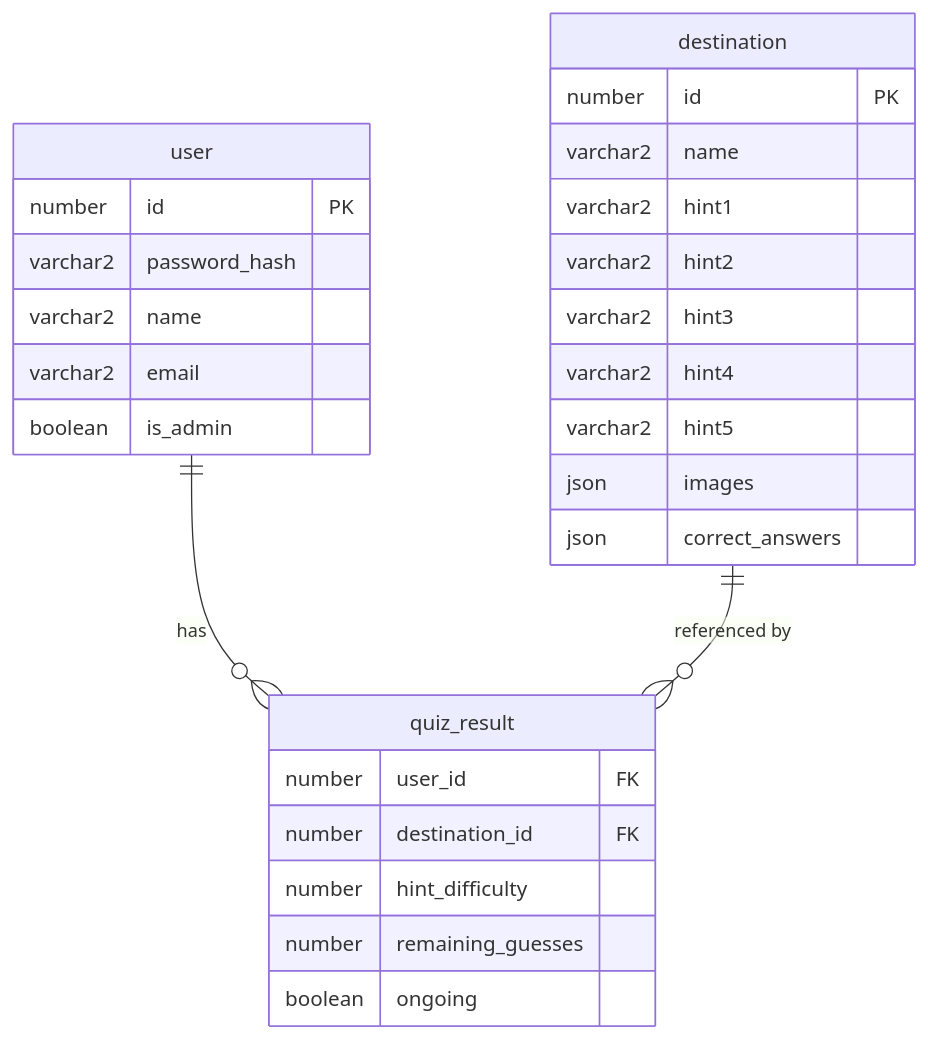
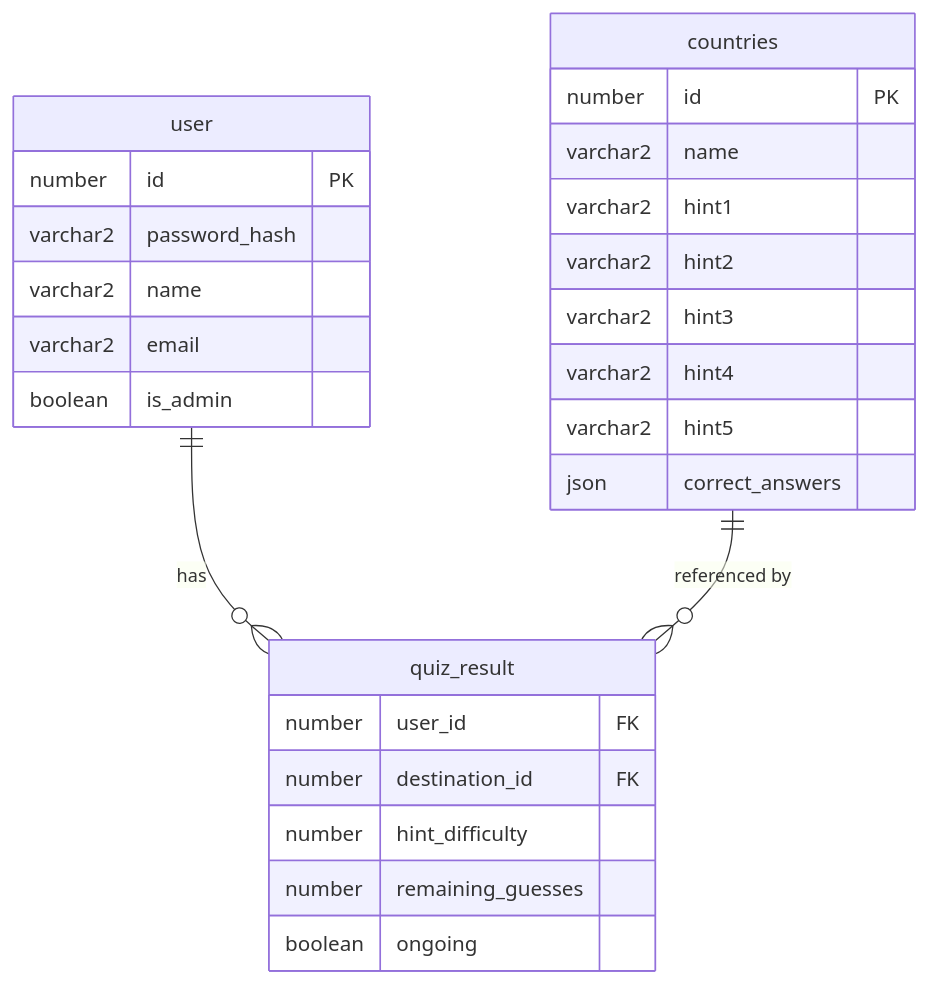
The diagram in docs/database_schema.md (fylke/travel-quizzer), drawn with Mermaid before and after one commit. The commit also changed 9 other files, not shown here.

Commit message:
Rename destination table to countries and restructure media paths

````diff
--- a/docs/database_schema.md
+++ b/docs/database_schema.md
@@ -1,33 +1,32 @@
 ```mermaid
 erDiagram
-    destination {
+    countries {
         number id PK
         varchar2 name
         varchar2 hint1
         varchar2 hint2
         varchar2 hint3
         varchar2 hint4
         varchar2 hint5
-        json images
         json correct_answers
     }
 
     user {
         number id PK
         varchar2 password_hash
         varchar2 name
         varchar2 email
         boolean is_admin
     }
 
     quiz_result {
         number user_id FK
         number destination_id FK
         number hint_difficulty
         number remaining_guesses
         boolean ongoing
     }
 
     user ||--o{ quiz_result : "has"
-    destination ||--o{ quiz_result : "referenced by"
+    countries ||--o{ quiz_result : "referenced by"
 ```
````
